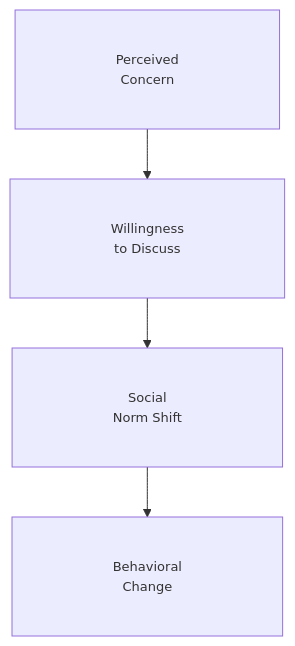
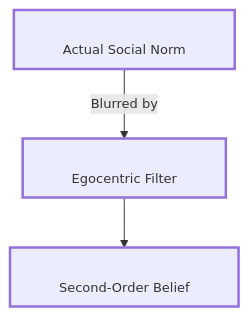
The third of 8 diagrams in Communication_Influence/Mastery_Guide_SOW_BS033.md (GM024/CourseSummaries), drawn with Mermaid before and after one commit. The commit also changed other lines of this file, not shown here.

Commit message:
Final Visual Overhaul: Sandbox padding, APA metadata, and thickened borders

````diff
--- a/Communication_Influence/Mastery_Guide_SOW_BS033.md
+++ b/Communication_Influence/Mastery_Guide_SOW_BS033.md
@@ -104,7 +84,7 @@
 ```mermaid
-%%{init: {'flowchart': {'padding': 40}, 'themeVariables': { 'fontSize': '13px' }}}%%
+%%{init: { 'flowchart': { 'padding': 10 }, 'themeVariables': { 'fontSize': '13px' }}}%%
 graph TD
-    Perception["&nbsp;&nbsp;&nbsp;&nbsp; Perceived &nbsp;&nbsp;&nbsp;&nbsp;<br/>&nbsp;&nbsp;&nbsp;&nbsp; Concern &nbsp;&nbsp;&nbsp;&nbsp;"] --> Talk["&nbsp;&nbsp;&nbsp;&nbsp; Willingness &nbsp;&nbsp;&nbsp;&nbsp;<br/>&nbsp;&nbsp;&nbsp;&nbsp; to Discuss &nbsp;&nbsp;&nbsp;&nbsp;"]
-    Talk --> Norm["&nbsp;&nbsp;&nbsp;&nbsp; Social &nbsp;&nbsp;&nbsp;&nbsp;<br/>&nbsp;&nbsp;&nbsp;&nbsp; Norm Shift &nbsp;&nbsp;&nbsp;&nbsp;"]
-    Norm --> Behavior["&nbsp;&nbsp;&nbsp;&nbsp; Behavioral &nbsp;&nbsp;&nbsp;&nbsp;<br/>&nbsp;&nbsp;&nbsp;&nbsp; Change &nbsp;&nbsp;&nbsp;&nbsp;"]
+    Actual["<br/>&nbsp;&nbsp;&nbsp;&nbsp;&nbsp;&nbsp; Actual Social Norm &nbsp;&nbsp;&nbsp;&nbsp;&nbsp;&nbsp;<br/>"] -- Blurred by --> Bias["<br/>&nbsp;&nbsp;&nbsp;&nbsp;&nbsp;&nbsp; Egocentric Filter &nbsp;&nbsp;&nbsp;&nbsp;&nbsp;&nbsp;<br/>"]
+    Bias --> Perception["<br/>&nbsp;&nbsp;&nbsp;&nbsp;&nbsp;&nbsp; Second-Order Belief &nbsp;&nbsp;&nbsp;&nbsp;&nbsp;&nbsp;<br/>"]
+    classDef default stroke-width:2.5px;
 ```
````
